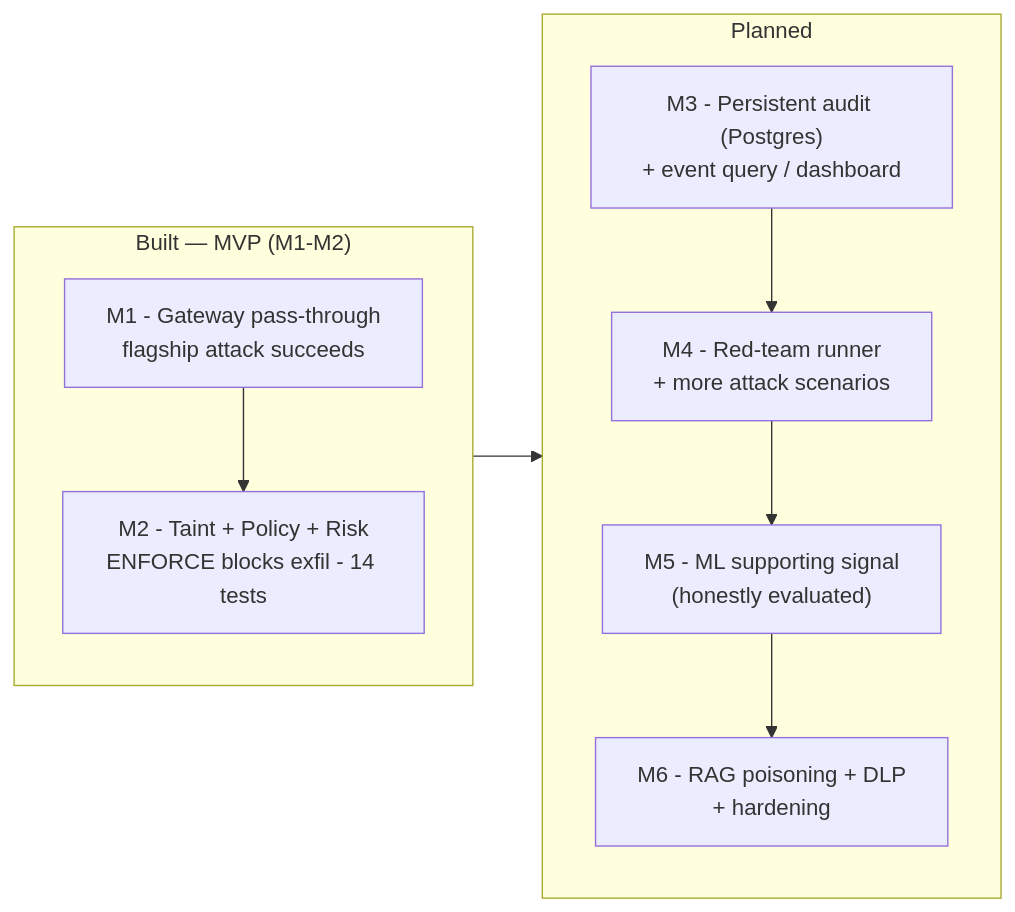
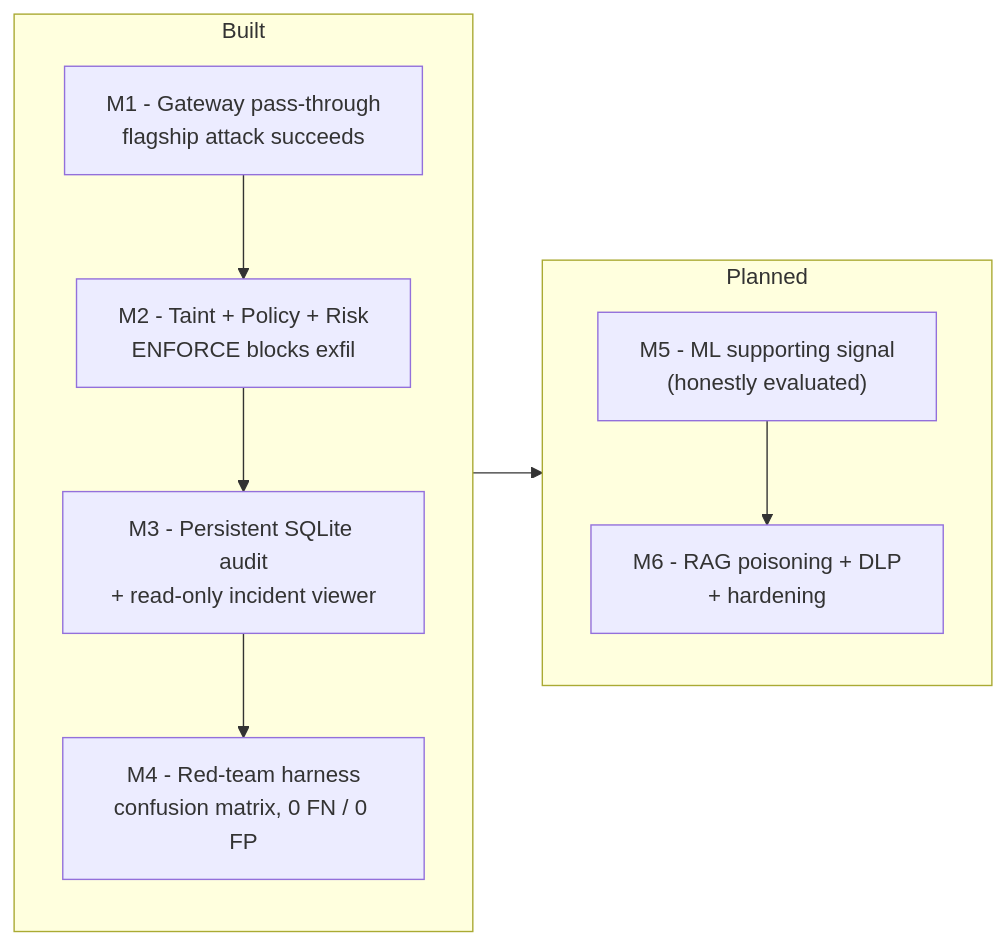
One commit to Upadhyay123a/sentinelai changed the second of 2 diagrams in README.md. Above: the diagram before and after it, drawn with Mermaid. The commit also changed other lines of this file and 2 other files, not shown here.

Commit message:
docs: mark M3/M4 built; add red-team results doc

````diff
--- a/README.md
+++ b/README.md
@@ -105,18 +120,18 @@
 ```mermaid
 flowchart LR
-    subgraph DONE["Built — MVP (M1-M2)"]
+    subgraph DONE["Built"]
         direction TB
         M1["M1 - Gateway pass-through<br/>flagship attack succeeds"]
-        M2["M2 - Taint + Policy + Risk<br/>ENFORCE blocks exfil - 14 tests"]
-        M1 --> M2
+        M2["M2 - Taint + Policy + Risk<br/>ENFORCE blocks exfil"]
+        M3["M3 - Persistent SQLite audit<br/>+ read-only incident viewer"]
+        M4["M4 - Red-team harness<br/>confusion matrix, 0 FN / 0 FP"]
+        M1 --> M2 --> M3 --> M4
     end
     subgraph NEXT["Planned"]
         direction TB
-        M3["M3 - Persistent audit (Postgres)<br/>+ event query / dashboard"]
-        M4["M4 - Red-team runner<br/>+ more attack scenarios"]
         M5["M5 - ML supporting signal<br/>(honestly evaluated)"]
         M6["M6 - RAG poisoning + DLP<br/>+ hardening"]
-        M3 --> M4 --> M5 --> M6
+        M5 --> M6
     end
-    M2 --> M3
+    M4 --> M5
 ```
````
